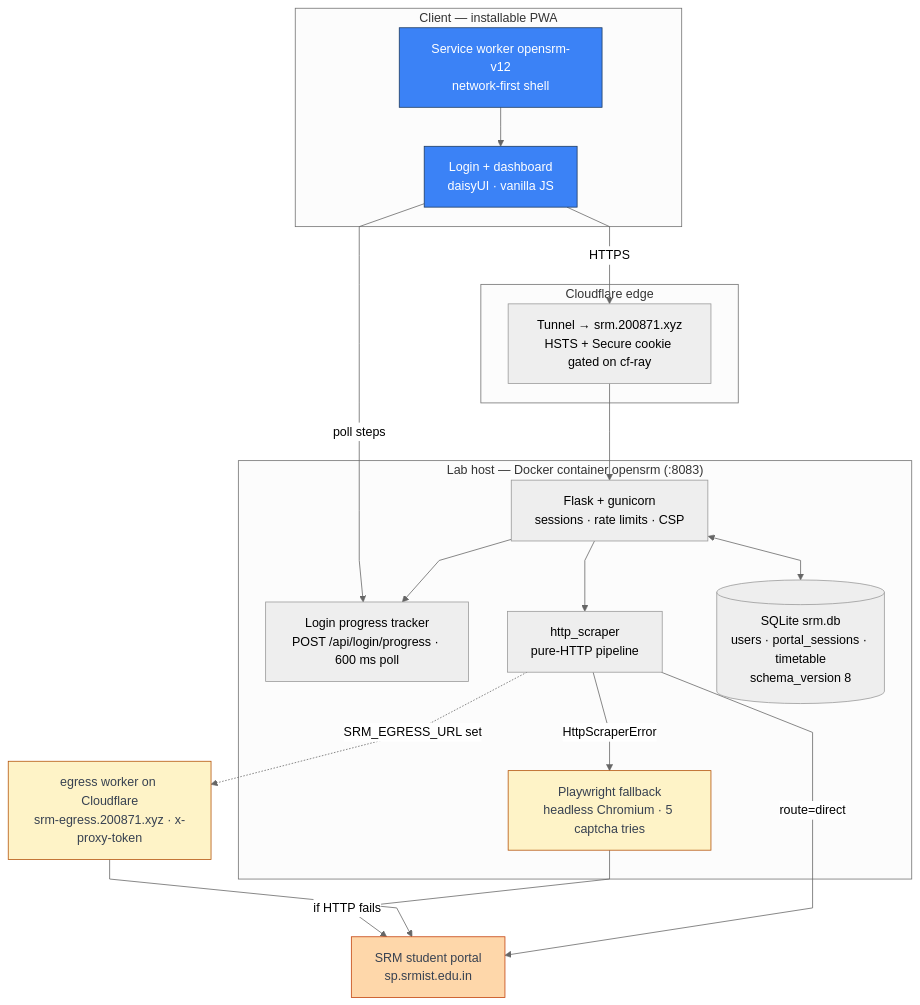
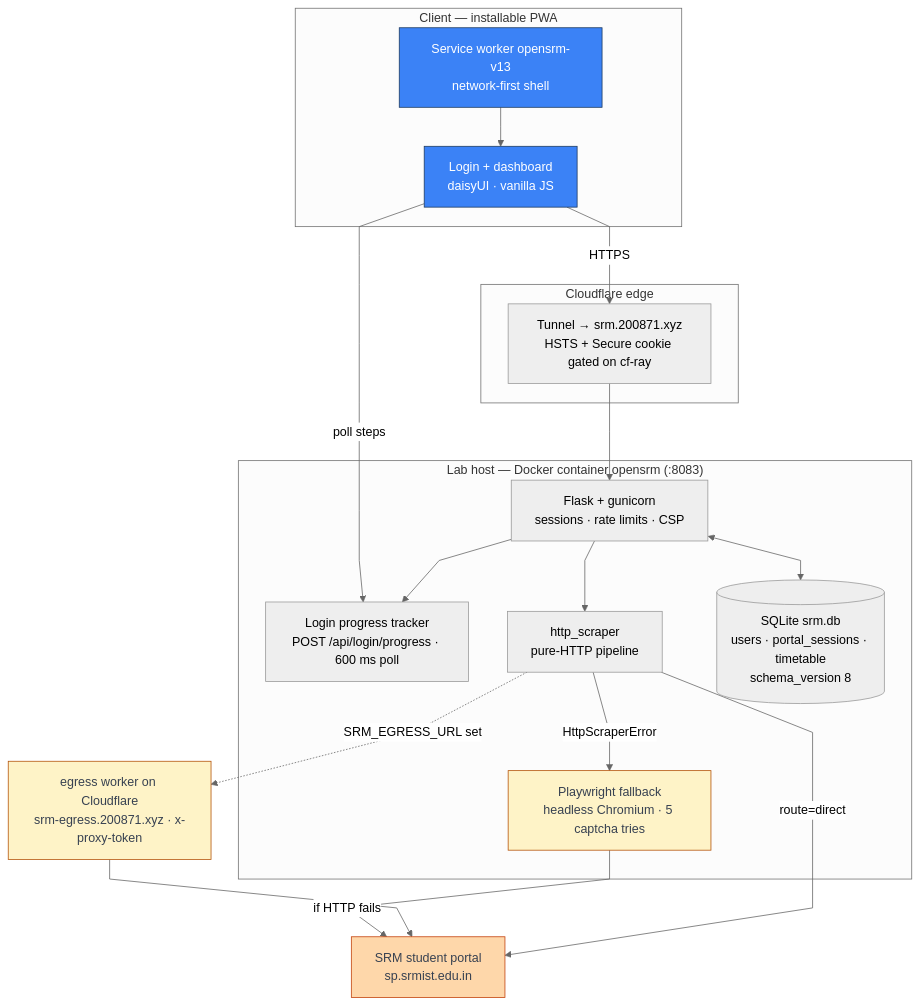
Before and after one commit to thenabbu/OpenSRM: the first of 3 diagrams in README.md, drawn with Mermaid (neutral theme). The commit also changed 2 other files, not shown here.

Commit message:
docs(design): record the selected-tab rule, the daisyUI active-fill trap, the new caption
The doc must not drift from the bar it describes:

- §1 anatomy: tabs live in the navbar (not a body-level `tabs tabs-border`,
  which no template has), caption is `(5m ago)` and only once ≥5m old.
- §0 cheat sheet + §2.4 table: point at the real active-tab recipe instead of
  the component the app never had.
- §4.9: the theme.html rule verbatim, with measured ratios (selected 1.25:1,
  unselected 1.00:1) and why the dock needs none of it.
- §4.10: the wordmark's 0.5rem radius is a ceiling, not a starting point.
- §8 copy: the refresh verb chain now ends at `(5m ago)`, not "Synced just now".
- §10.11: new measured silent failure — daisyUI's active/pressed fill is a
  5% black darkening, i.e. #090909 on this surface = 1.000:1 = invisible;
  on this theme "active" must lighten.
- AGENTS.md test matrix: tests/test_navbar.py row (15 checks, port 18178);
  SW cache name references follow the v13 bump (AGENTS/README/DESIGN).

````diff
--- a/README.md
+++ b/README.md
@@ -64,43 +64,43 @@
 ```mermaid
 %%{init: {"flowchart": {"curve": "linear"}}}%%
 flowchart TD
     subgraph client["Client — installable PWA"]
         UI["Login + dashboard<br/>daisyUI · vanilla JS"]
-        SW["Service worker opensrm-v12<br/>network-first shell"]
+        SW["Service worker opensrm-v13<br/>network-first shell"]
     end
 
     subgraph edge["Cloudflare edge"]
         TUN["Tunnel → srm.200871.xyz<br/>HSTS + Secure cookie gated on cf-ray"]
     end
 
     subgraph lab["Lab host — Docker container opensrm (:8083)"]
         FL["Flask + gunicorn<br/>sessions · rate limits · CSP"]
         PROG["Login progress tracker<br/>POST /api/login/progress · 600 ms poll"]
         HS["http_scraper<br/>pure-HTTP pipeline"]
         PW["Playwright fallback<br/>headless Chromium · 5 captcha tries"]
         DB[("SQLite srm.db<br/>users · portal_sessions · timetable<br/>schema_version 8")]
         FL --> PROG
         FL <--> DB
         FL --> HS
         HS -->|"HttpScraperError"| PW
     end
 
     EG["egress worker on Cloudflare<br/>srm-egress.200871.xyz · x-proxy-token"]
     P["SRM student portal<br/>sp.srmist.edu.in"]
 
     UI -->|"HTTPS"| TUN
     TUN --> FL
     SW --> UI
     UI -->|"poll steps"| PROG
     HS -->|"route=direct"| P
     HS -.->|"SRM_EGRESS_URL set"| EG
     EG --> P
     PW -->|"if HTTP fails"| P
 
     classDef client fill:#3b82f6,stroke:#1e3a5f,color:#ffffff
     classDef conditional fill:#fef3c7,stroke:#b45309,color:#374151
     classDef external fill:#fed7aa,stroke:#c2410c,color:#374151
     class UI,SW client
     class PW,EG conditional
     class P external
 ```
````
